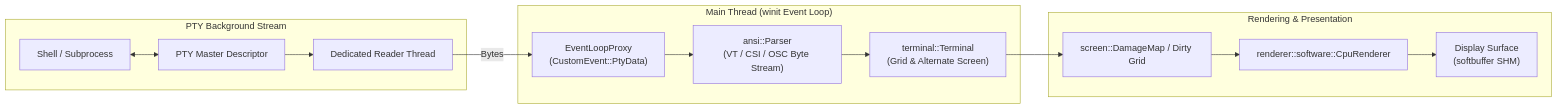
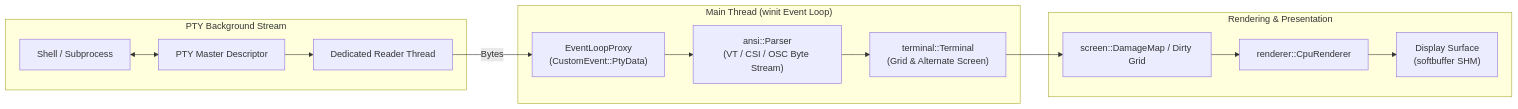
Before and after one commit to lnoxsian/Velox: the third of 3 diagrams in docs/ARCHITECTURE.md, drawn with Mermaid. The commit also changed other lines of this file and 18 other files, not shown here.

````diff
--- a/docs/ARCHITECTURE.md
+++ b/docs/ARCHITECTURE.md
@@ -152,28 +152,28 @@
 ```mermaid
 flowchart LR
     subgraph PTYStream["PTY Background Stream"]
         Shell["Shell / Subprocess"]
         PTYMaster["PTY Master Descriptor"]
         PTYReader["Dedicated Reader Thread"]
         Shell <--> PTYMaster
         PTYMaster --> PTYReader
     end
 
     subgraph EventLoop["Main Thread (winit Event Loop)"]
         Proxy["EventLoopProxy<br/>(CustomEvent::PtyData)"]
         Parser["ansi::Parser<br/>(VT / CSI / OSC Byte Stream)"]
         Term["terminal::Terminal<br/>(Grid & Alternate Screen)"]
         PTYReader -->|Bytes| Proxy
         Proxy --> Parser
         Parser --> Term
     end
 
     subgraph RenderSubsystem["Rendering & Presentation"]
         Damage["screen::DamageMap / Dirty Grid"]
-        Renderer["renderer::software::CpuRenderer"]
+        Renderer["renderer::CpuRenderer"]
         Surface["Display Surface<br/>(softbuffer SHM)"]
         Term --> Damage
         Damage --> Renderer
         Renderer --> Surface
     end
 ```
````
